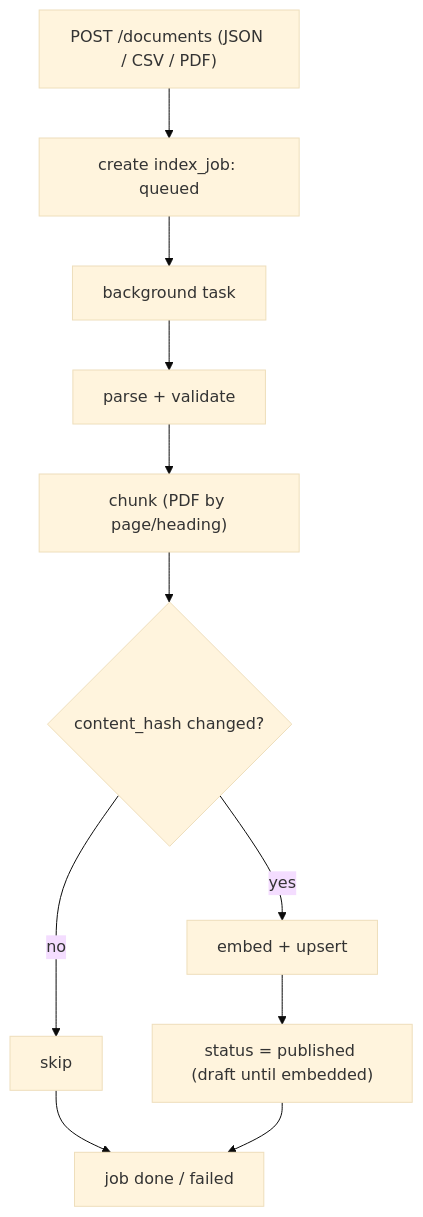
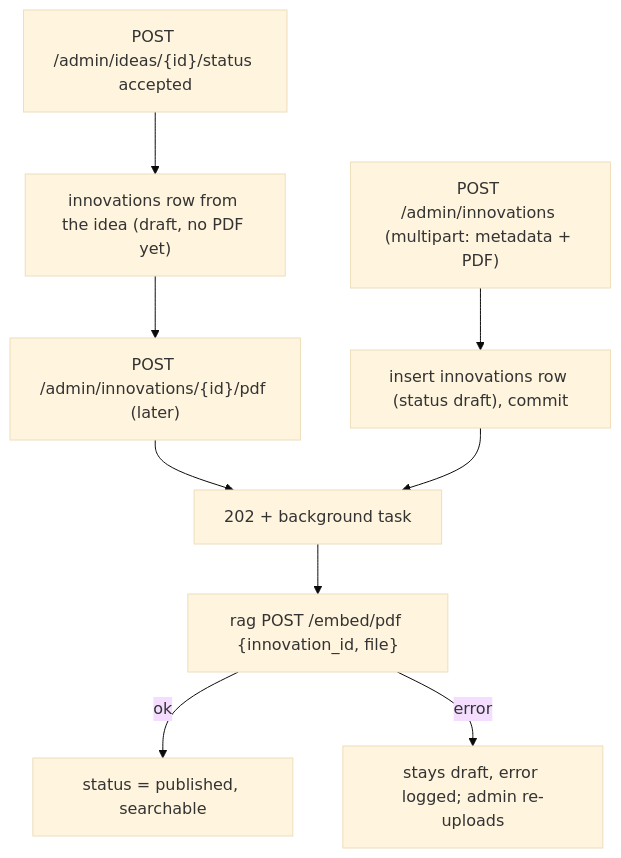
One commit to DziadBud/HackYeah2026 changed the second of 4 diagrams in documentation/backend/architecture.md. Above: the diagram before and after it, drawn with Mermaid (base theme). The commit also changed other lines of this file and 4 other files, not shown here.

````diff
--- a/documentation/backend/architecture.md
+++ b/documentation/backend/architecture.md
@@ -56,13 +62,11 @@
 ```mermaid
 flowchart TD
-    A["POST /documents (JSON / CSV / PDF)"] --> B[create index_job: queued]
-    B --> C[background task]
-    C --> D[parse + validate]
-    D --> E["chunk (PDF by page/heading)"]
-    E --> F{content_hash changed?}
-    F -- no --> G[skip]
-    F -- yes --> H[embed + upsert]
-    H --> I["status = published (draft until embedded)"]
-    G --> J
-    I --> J[job done / failed]
+    A["POST /admin/innovations (multipart: metadata + PDF)"] --> C
+    B["POST /admin/ideas/{id}/status accepted"] --> B2["innovations row from the idea (draft, no PDF yet)"]
+    B2 --> B3["POST /admin/innovations/{id}/pdf (later)"]
+    B3 --> D
+    C["insert innovations row (status draft), commit"] --> D["202 + background task"]
+    D --> E["rag POST /embed/pdf {innovation_id, file}"]
+    E -- ok --> F["status = published, searchable"]
+    E -- error --> G["stays draft, error logged; admin re-uploads"]
 ```
````
